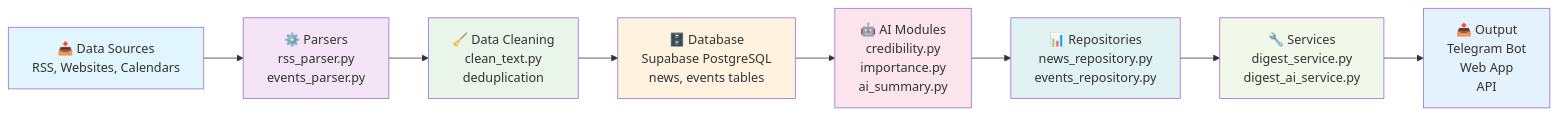
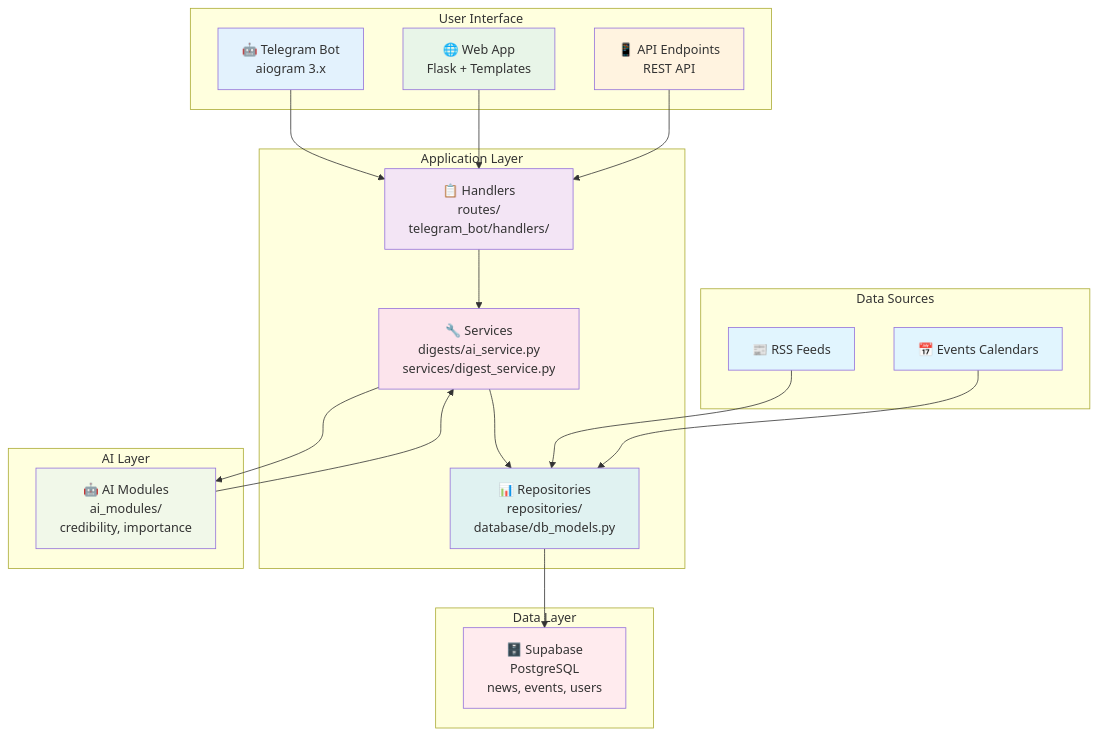
The second of 2 diagrams in docs/ARCHITECTURE.md (denius89/news_ai_bot), drawn with Mermaid before and after one commit. The commit also changed other lines of this file and 2 other files, not shown here.

Commit message:
chore(cleanup): tidy up .gitignore

````diff
--- a/docs/ARCHITECTURE.md
+++ b/docs/ARCHITECTURE.md
@@ -83,19 +86,61 @@
 ```mermaid
-flowchart LR
-    A["📥 Data Sources<br/>RSS, Websites, Calendars"] --> B["⚙️ Parsers<br/>rss_parser.py<br/>events_parser.py"]
-    B --> C["🧹 Data Cleaning<br/>clean_text.py<br/>deduplication"]
-    C --> D["🗄️ Database<br/>Supabase PostgreSQL<br/>news, events tables"]
-    D --> E["🤖 AI Modules<br/>credibility.py<br/>importance.py<br/>ai_summary.py"]
-    E --> F["📊 Repositories<br/>news_repository.py<br/>events_repository.py"]
-    F --> G["🔧 Services<br/>digest_service.py<br/>digest_ai_service.py"]
-    G --> H["📤 Output<br/>Telegram Bot<br/>Web App<br/>API"]
+flowchart TD
+    subgraph "User Interface"
+        TG["🤖 Telegram Bot<br/>aiogram 3.x"]
+        WEB["🌐 Web App<br/>Flask + Templates"]
+        API["📱 API Endpoints<br/>REST API"]
+    end
     
-    style A fill:#e1f5fe
-    style B fill:#f3e5f5
-    style C fill:#e8f5e8
-    style D fill:#fff3e0
-    style E fill:#fce4ec
-    style F fill:#e0f2f1
-    style G fill:#f1f8e9
-    style H fill:#e3f2fd
+    subgraph "Application Layer"
+        HANDLERS["📋 Handlers<br/>routes/<br/>telegram_bot/handlers/"]
+        SERVICES["🔧 Services<br/>digests/ai_service.py<br/>services/digest_service.py"]
+        REPOS["📊 Repositories<br/>repositories/<br/>database/db_models.py"]
+    end
+    
+    subgraph "Data Layer"
+        DB["🗄️ Supabase<br/>PostgreSQL<br/>news, events, users"]
+    end
+    
+    subgraph "AI Layer"
+        AI_MODULES["🤖 AI Modules<br/>ai_modules/<br/>credibility, importance"]
+    end
+    
+    subgraph "Data Sources"
+        RSS["📰 RSS Feeds"]
+        EVENTS["📅 Events Calendars"]
+    end
+    
+    %% User Interface to Handlers
+    TG --> HANDLERS
+    WEB --> HANDLERS
+    API --> HANDLERS
+    
+    %% Handlers to Services
+    HANDLERS --> SERVICES
+    
+    %% Services to Repositories
+    SERVICES --> REPOS
+    
+    %% Repositories to Database
+    REPOS --> DB
+    
+    %% AI Modules integration
+    SERVICES --> AI_MODULES
+    AI_MODULES --> SERVICES
+    
+    %% Data Sources to Repositories
+    RSS --> REPOS
+    EVENTS --> REPOS
+    
+    %% Styling
+    style TG fill:#e3f2fd
+    style WEB fill:#e8f5e8
+    style API fill:#fff3e0
+    style HANDLERS fill:#f3e5f5
+    style SERVICES fill:#fce4ec
+    style REPOS fill:#e0f2f1
+    style DB fill:#ffebee
+    style AI_MODULES fill:#f1f8e9
+    style RSS fill:#e1f5fe
+    style EVENTS fill:#e1f5fe
 ```
````
